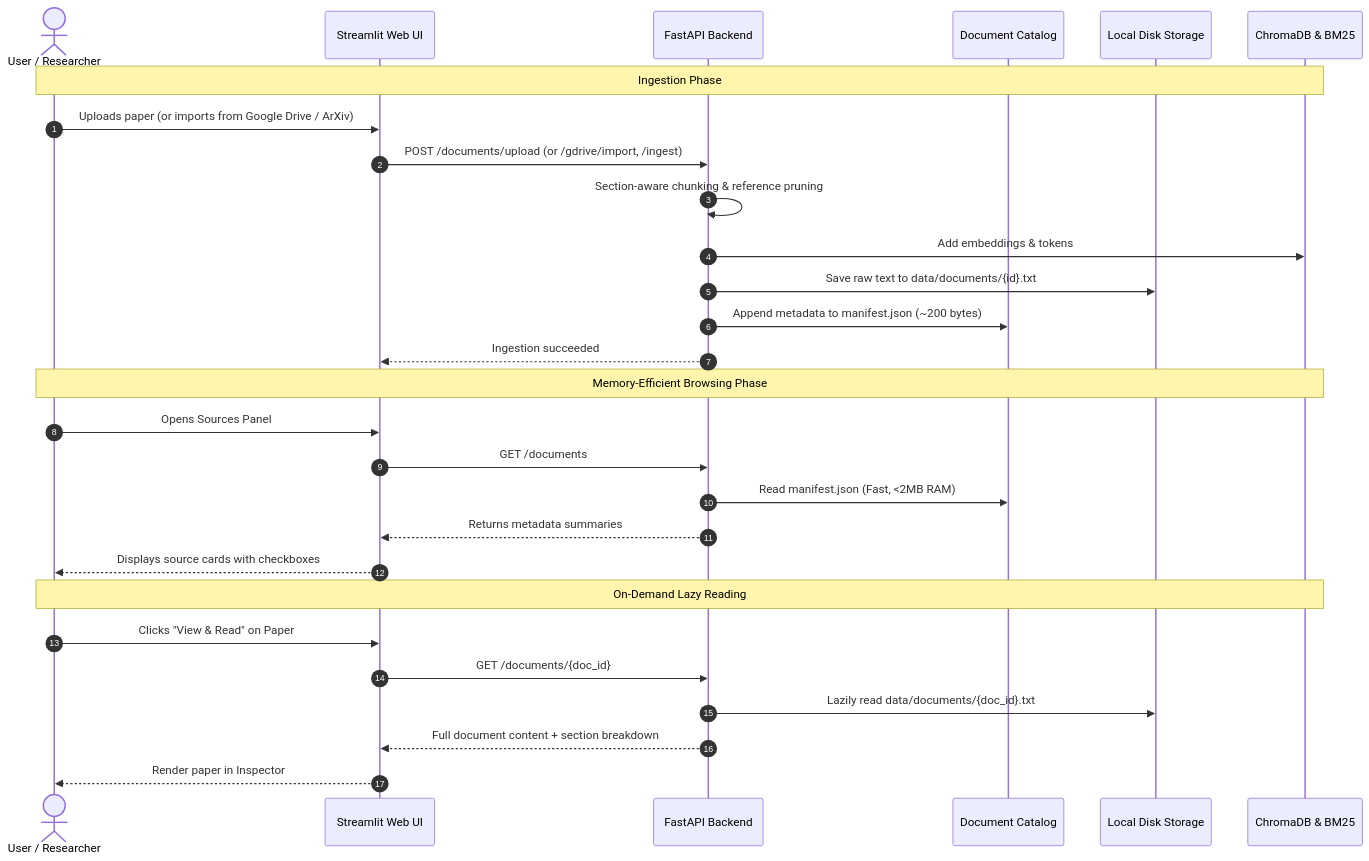
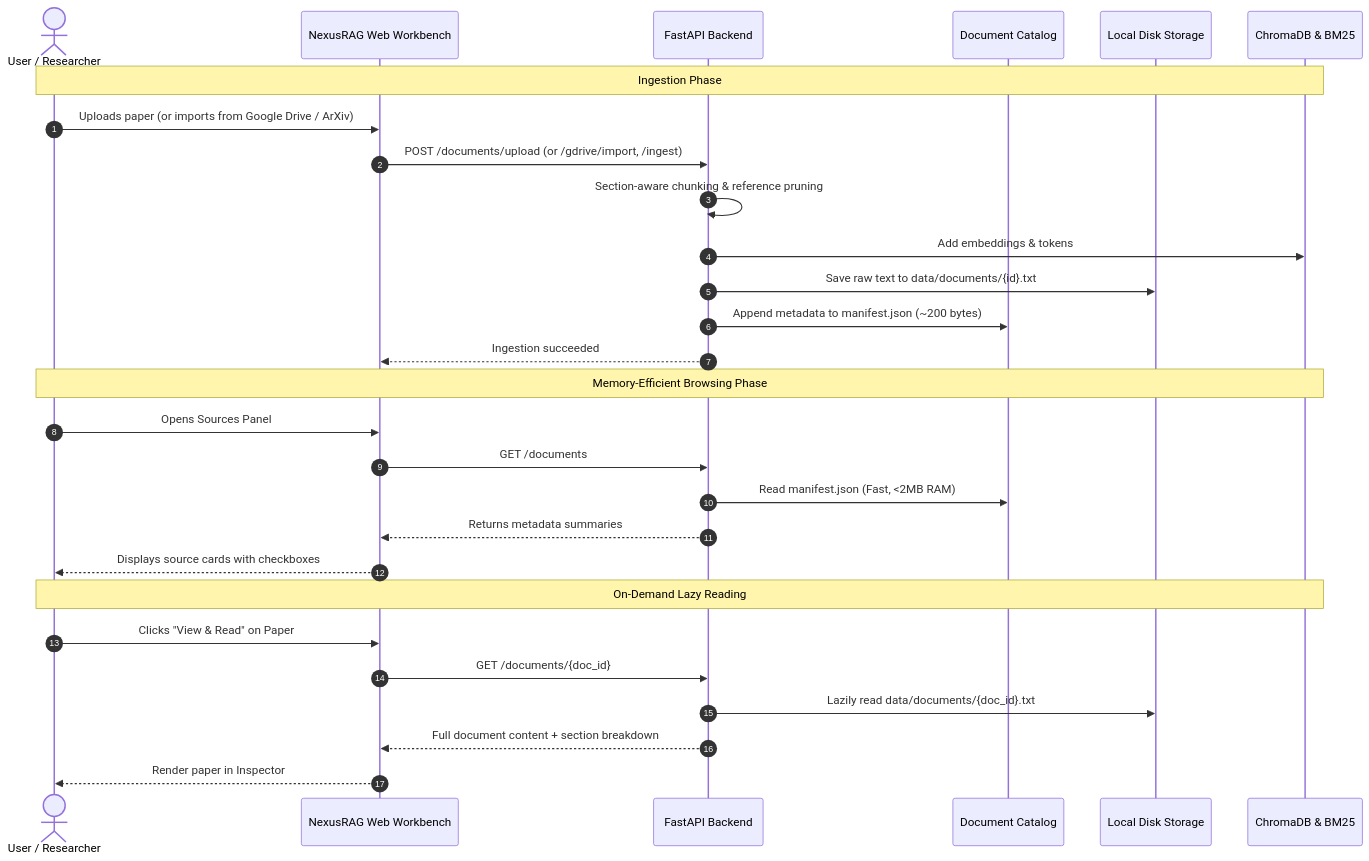
The fourth of 4 diagrams in README.md (Waiz346/research-rag-system), drawn with Mermaid before and after one commit. The commit also changed other lines of this file and 9 other files, not shown here.

Commit message:
Replace Streamlit UI with standalone NexusRAG HTML5/ES6 workbench and streamline runtime

````diff
--- a/README.md
+++ b/README.md
@@ -200,33 +200,33 @@
 ```mermaid
 sequenceDiagram
     autonumber
     actor User as User / Researcher
-    participant UI as Streamlit Web UI
+    participant UI as NexusRAG Web Workbench
     participant API as FastAPI Backend
     participant Cat as Document Catalog
     participant Disk as Local Disk Storage
     participant Vec as ChromaDB & BM25
 
     Note over User, Vec: Ingestion Phase
     User->>UI: Uploads paper (or imports from Google Drive / ArXiv)
     UI->>API: POST /documents/upload (or /gdrive/import, /ingest)
     API->>API: Section-aware chunking & reference pruning
     API->>Vec: Add embeddings & tokens
     API->>Disk: Save raw text to data/documents/{id}.txt
     API->>Cat: Append metadata to manifest.json (~200 bytes)
     API-->>UI: Ingestion succeeded
 
     Note over User, Vec: Memory-Efficient Browsing Phase
     User->>UI: Opens Sources Panel
     UI->>API: GET /documents
     API->>Cat: Read manifest.json (Fast, <2MB RAM)
     API-->>UI: Returns metadata summaries
     UI-->>User: Displays source cards with checkboxes
 
     Note over User, Vec: On-Demand Lazy Reading
     User->>UI: Clicks "View & Read" on Paper #1
     UI->>API: GET /documents/{doc_id}
     API->>Disk: Lazily read data/documents/{doc_id}.txt
     API-->>UI: Full document content + section breakdown
     UI-->>User: Render paper in Inspector
 ```
````
